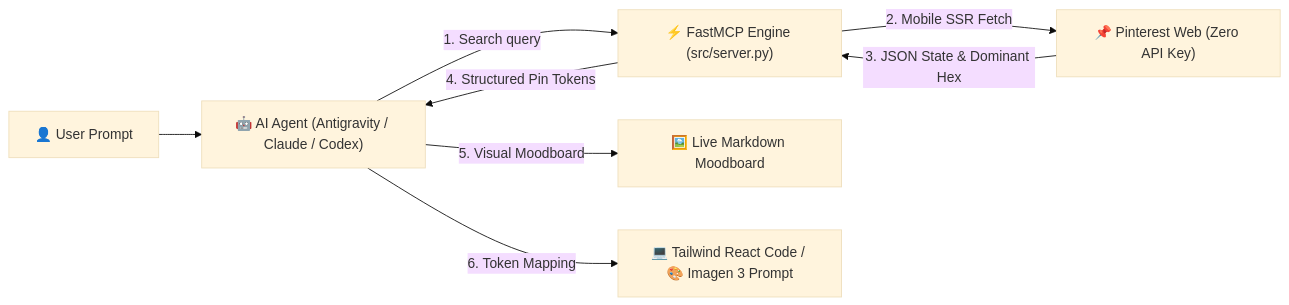
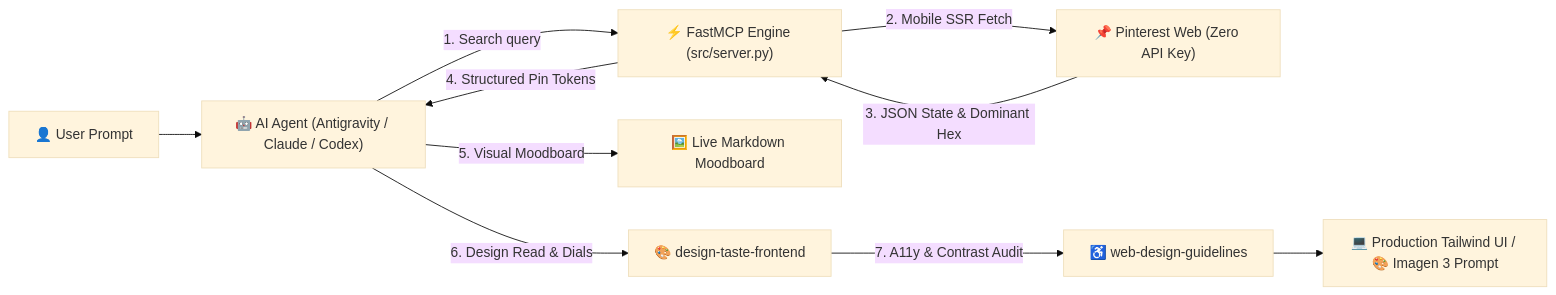
One commit to khanhnkq/pinterest-inspired-plugin changed the diagram in README.md. Above: the diagram before and after it, drawn with Mermaid (base theme). The commit also changed other lines of this file and 12 other files, not shown here.

Commit message:
feat(plugin): bundle native design-taste-frontend and web-design-guidelines skills with 100% English documentation and showcase

````diff
--- a/README.md
+++ b/README.md
@@ -64,10 +67,12 @@
 ```mermaid
 flowchart LR
     User["👤 User Prompt"] --> Agent["🤖 AI Agent (Antigravity / Claude / Codex)"]
     Agent -->|1. Search query| MCP["⚡ FastMCP Engine (src/server.py)"]
     MCP -->|2. Mobile SSR Fetch| Pinterest["📌 Pinterest Web (Zero API Key)"]
     Pinterest -->|3. JSON State & Dominant Hex| MCP
     MCP -->|4. Structured Pin Tokens| Agent
     Agent -->|5. Visual Moodboard| Moodboard["🖼️ Live Markdown Moodboard"]
-    Agent -->|6. Token Mapping| Output["💻 Tailwind React Code / 🎨 Imagen 3 Prompt"]
+    Agent -->|6. Design Read & Dials| Taste["🎨 design-taste-frontend"]
+    Taste -->|7. A11y & Contrast Audit| A11y["♿ web-design-guidelines"]
+    A11y --> Output["💻 Production Tailwind UI / 🎨 Imagen 3 Prompt"]
 ```
````
